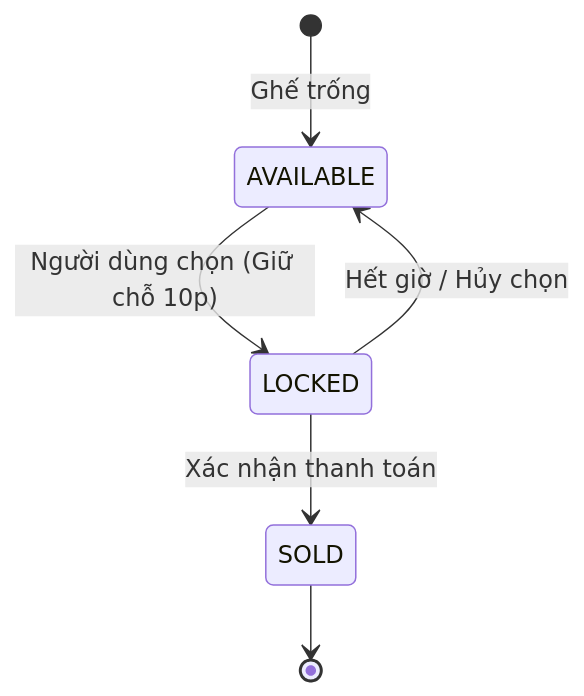
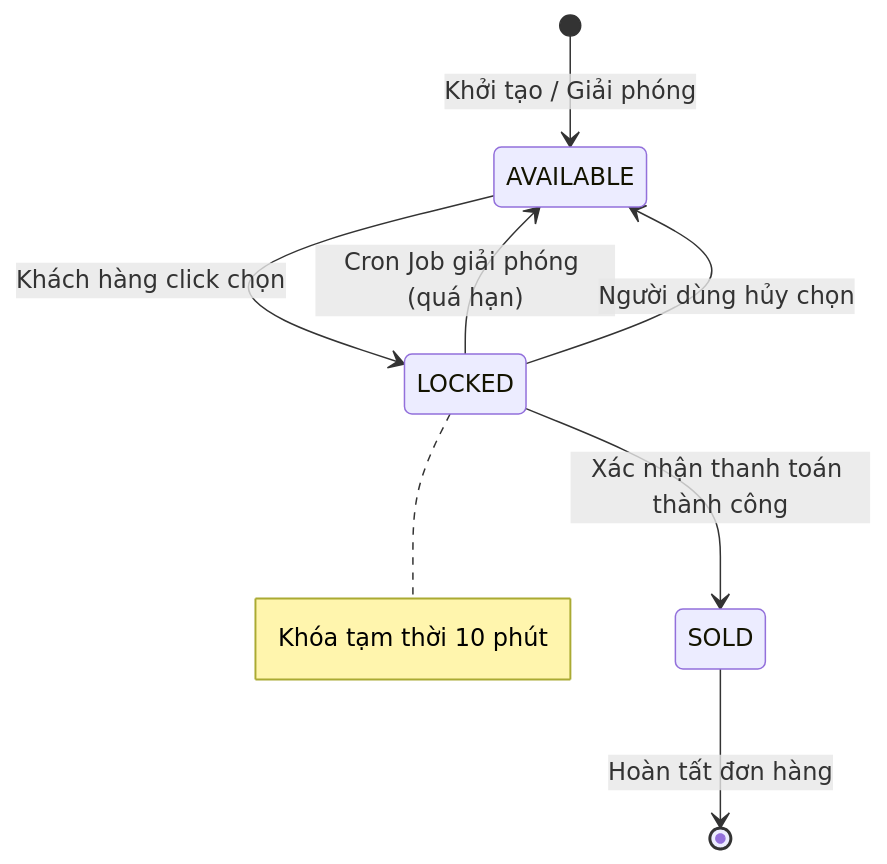
The second of 2 diagrams in README.md (ShimamuraHougetsu1337/TicketRush), drawn with Mermaid before and after one commit. The commit also changed other lines of this file, not shown here.

````diff
--- a/README.md
+++ b/README.md
@@ -81,8 +138,10 @@
 ```mermaid
 stateDiagram-v2
-    [*] --> AVAILABLE : Ghế trống
-    AVAILABLE --> LOCKED : Người dùng chọn (Giữ chỗ 10p)
-    LOCKED --> SOLD : Xác nhận thanh toán
-    LOCKED --> AVAILABLE : Hết giờ / Hủy chọn
-    SOLD --> [*]
+    [*] --> AVAILABLE : Khởi tạo / Giải phóng
+    AVAILABLE --> LOCKED : Khách hàng click chọn
+    note right of LOCKED : Khóa tạm thời 10 phút
+    LOCKED --> SOLD : Xác nhận thanh toán thành công
+    LOCKED --> AVAILABLE : Cron Job giải phóng (quá hạn)
+    LOCKED --> AVAILABLE : Người dùng hủy chọn
+    SOLD --> [*] : Hoàn tất đơn hàng
 ```
````
